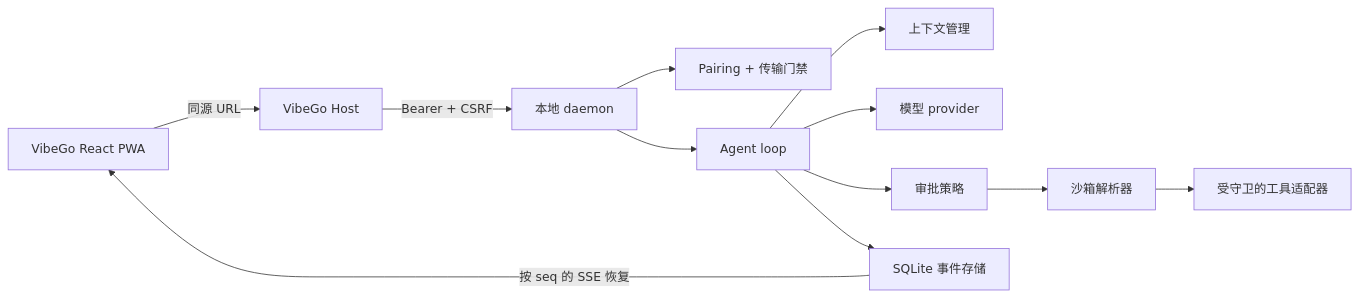
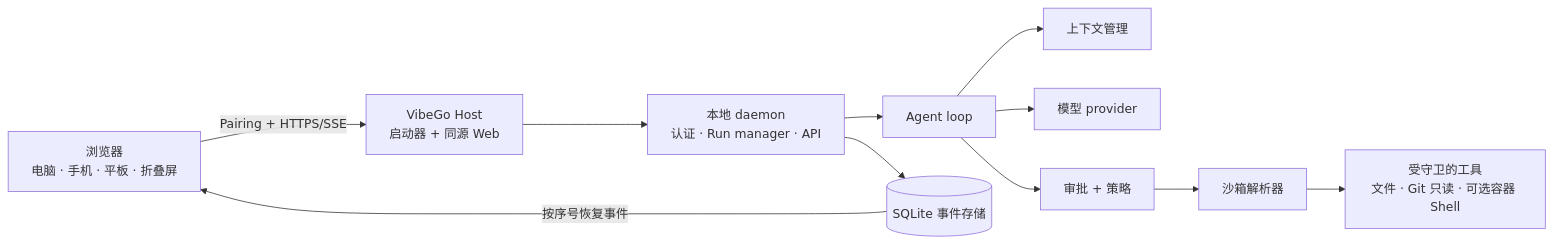
One commit to stlin256/VibeGo changed the diagram in README-zh.md. Above: the diagram before and after it, drawn with Mermaid. The commit also changed other lines of this file and 1 other file, not shown here.

Commit message:
docs(readme): refresh user onboarding and architecture overview

````diff
--- a/README-zh.md
+++ b/README-zh.md
@@ -17,14 +43,24 @@
 ```mermaid
 flowchart LR
-    Browser["VibeGo React PWA"] -->|"同源 URL"| Host["VibeGo Host"]
-    Host -->|"Bearer + CSRF"| Daemon["本地 daemon"]
-    Daemon --> Auth["Pairing + 传输门禁"]
-    Daemon --> Loop["Agent loop"]
-    Loop --> Context["上下文管理"]
-    Loop --> Model["模型 provider"]
-    Loop --> Policy["审批策略"]
-    Policy --> Sandbox["沙箱解析器"]
-    Sandbox --> Tools["受守卫的工具适配器"]
-    Loop --> Events["SQLite 事件存储"]
-    Events -->|"按 seq 的 SSE 恢复"| Browser
+    B["浏览器<br/>电脑 · 手机 · 平板 · 折叠屏"]
+    H["VibeGo Host<br/>启动器 + 同源 Web"]
+    D["本地 daemon<br/>认证 · Run manager · API"]
+    L["Agent loop"]
+    C["上下文管理"]
+    M["模型 provider"]
+    P["审批 + 策略"]
+    S["沙箱解析器"]
+    T["受守卫的工具<br/>文件 · Git 只读 · 可选容器 Shell"]
+    E[("SQLite 事件存储")]
+
+    B -->|"Pairing + HTTPS/SSE"| H
+    H --> D
+    D --> L
+    L --> C
+    L --> M
+    L --> P
+    P --> S
+    S --> T
+    D --> E
+    E -->|"按序号恢复事件"| B
 ```
````
